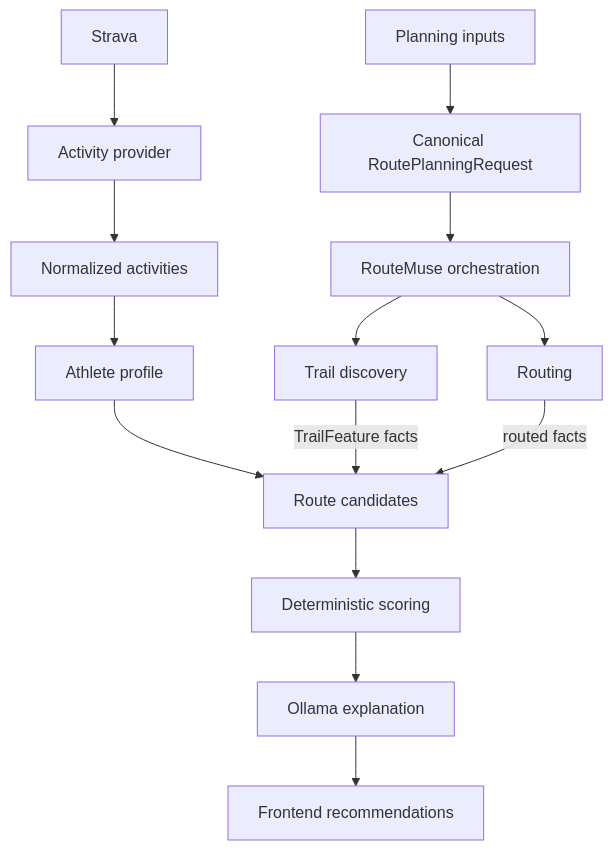
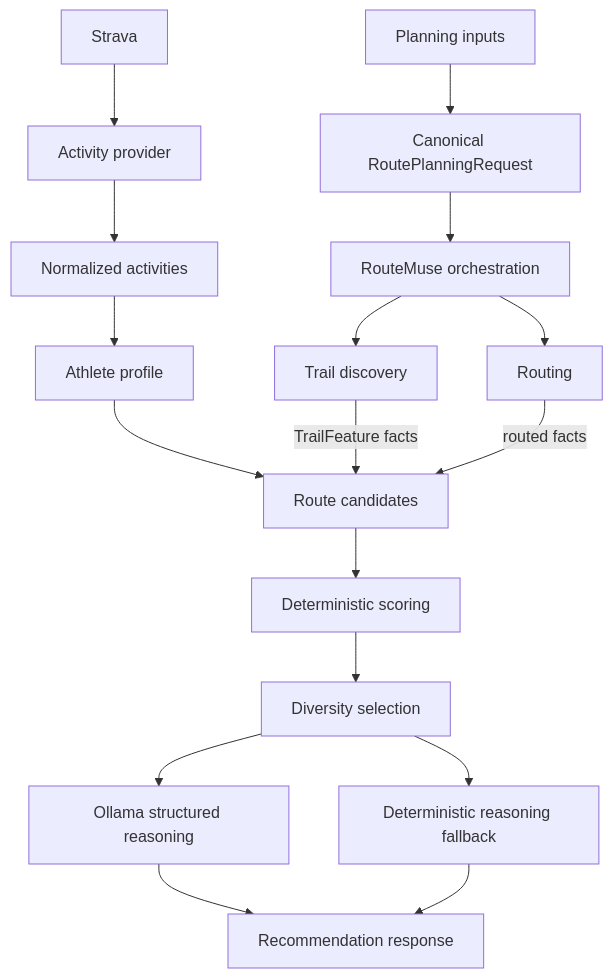
Before and after one commit to PooriaT/RouteMuse: the diagram in docs/architecture.md, drawn with Mermaid. The commit also changed other lines of this file and 8 other files, not shown here.

Commit message:
Add deterministic recommendation reasoning fallback

````diff
--- a/docs/architecture.md
+++ b/docs/architecture.md
@@ -5,16 +5,19 @@
 ```mermaid
 flowchart TD
   S[Strava] --> AP[Activity provider]
   AP --> N[Normalized activities]
   N --> A[Athlete profile]
   A --> RC[Route candidates]
   L[Planning inputs] --> PR[Canonical RoutePlanningRequest]
   PR --> OR[RouteMuse orchestration]
   OR --> TD[Trail discovery]
   OR --> RP[Routing]
   TD -->|TrailFeature facts| RC
   RP -->|routed facts| RC
   RC --> D[Deterministic scoring]
-  D --> O[Ollama explanation]
-  O --> U[Frontend recommendations]
+  D --> DS[Diversity selection]
+  DS --> O[Ollama structured reasoning]
+  DS --> F[Deterministic reasoning fallback]
+  O --> U[Recommendation response]
+  F --> U
 ```
````
